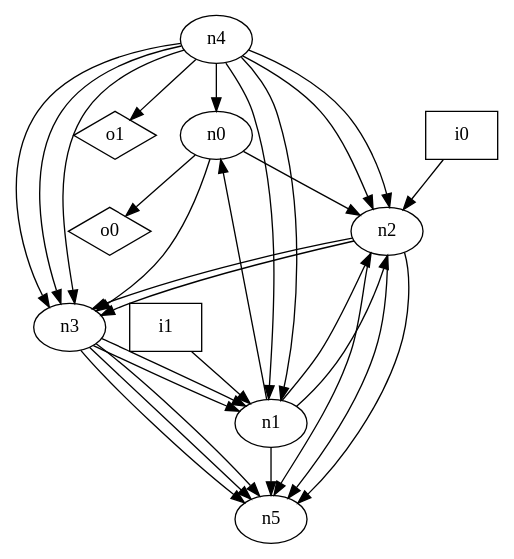
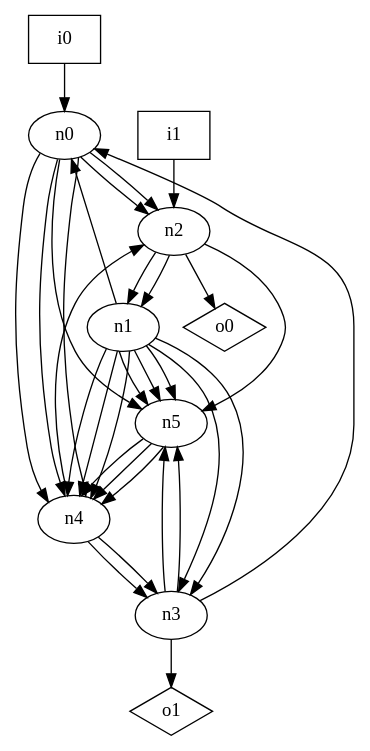
The diagram in dot_files/random/random_oriented_loop_free_graph.dot (p9romain/bool-circuits), drawn with Graphviz before and after one commit. The commit also changed 30 other files, not shown here.

```diff
--- a/dot_files/random/random_oriented_loop_free_graph.dot
+++ b/dot_files/random/random_oriented_loop_free_graph.dot
@@ -1,40 +1,43 @@
 digraph G {
 n0 [label="n0"];
 n1 [label="n1"];
 n2 [label="n2"];
 n3 [label="n3"];
 n4 [label="n4"];
 n5 [label="n5"];
 n6 [label="i0",shape="box"];
 n7 [label="i1",shape="box"];
 n8 [label="o0",shape="diamond"];
 n9 [label="o1",shape="diamond"];
 n0 -> n2
-n0 -> n3
-n0 -> n8
+n0 -> n2
+n0 -> n4
+n0 -> n4
+n0 -> n4
+n0 -> n5
 n1 -> n0
-n1 -> n2
-n1 -> n2
+n1 -> n3
+n1 -> n3
+n1 -> n4
+n1 -> n4
+n1 -> n4
 n1 -> n5
-n2 -> n3
-n2 -> n3
+n1 -> n5
+n1 -> n5
+n2 -> n1
+n2 -> n1
 n2 -> n5
-n2 -> n5
-n2 -> n5
-n3 -> n1
-n3 -> n1
+n2 -> n8
+n3 -> n0
 n3 -> n5
 n3 -> n5
-n3 -> n5
-n4 -> n0
-n4 -> n1
-n4 -> n1
-n4 -> n2
+n3 -> n9
 n4 -> n2
 n4 -> n3
 n4 -> n3
-n4 -> n3
-n4 -> n9
-n6 -> n2
-n7 -> n1
+n5 -> n4
+n5 -> n4
+n5 -> n4
+n6 -> n0
+n7 -> n2
 }
```
